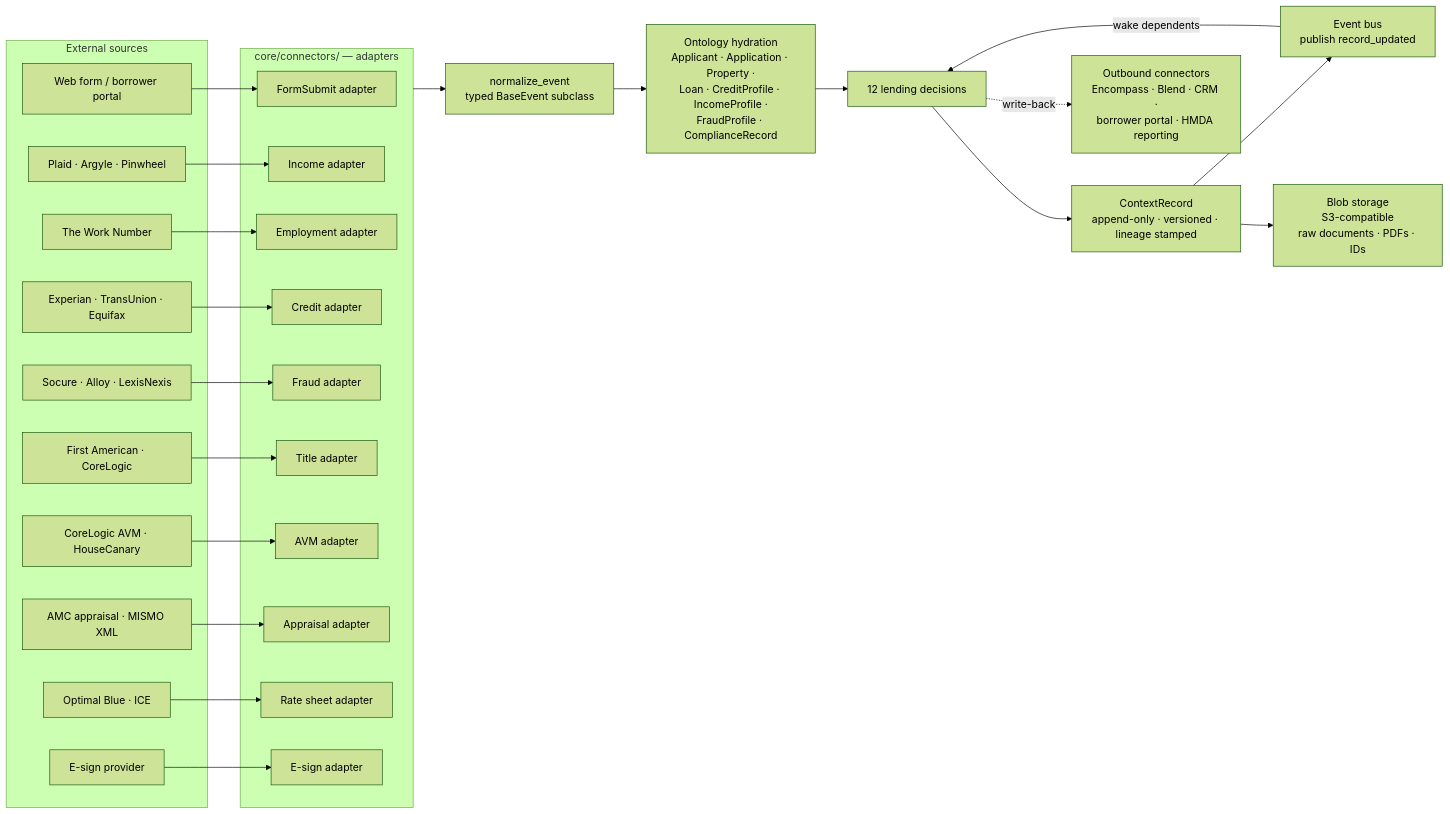
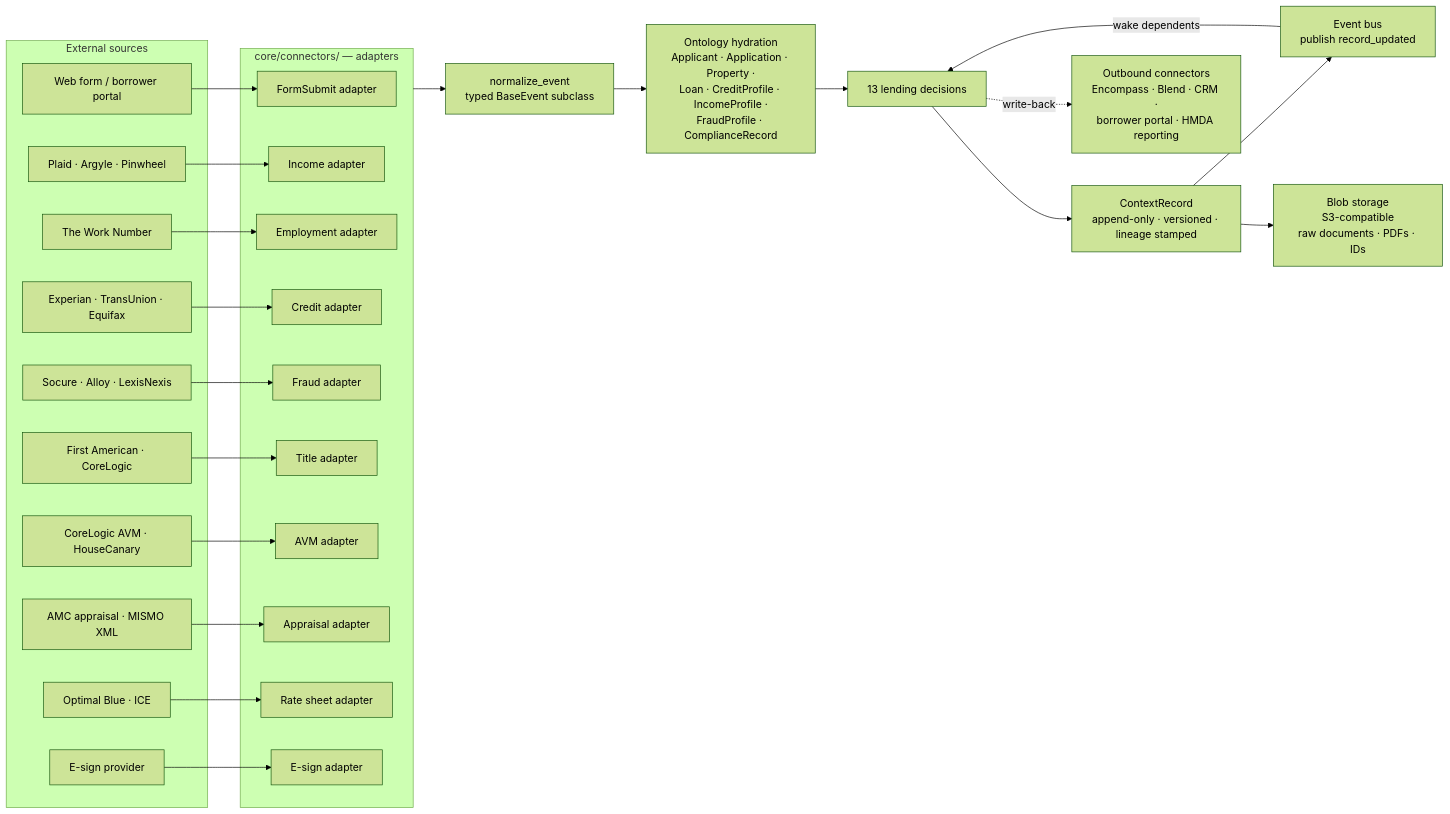
One commit to krishnamami/decision-os changed the fifth of 5 diagrams in docs/PRD.md. Above: the diagram before and after it, drawn with Mermaid (forest theme). The commit also changed other lines of this file and 1 other file, not shown here.

````diff
--- a/docs/PRD.md
+++ b/docs/PRD.md
@@ -573,41 +582,41 @@
 ```mermaid
 flowchart LR
     subgraph EXT[External sources]
         WEB[Web form / borrower portal]
         PLAID[Plaid · Argyle · Pinwheel]
         BUREAU[Experian · TransUnion · Equifax]
         FRAUD[Socure · Alloy · LexisNexis]
         TITLE[First American · CoreLogic]
         AVM[CoreLogic AVM · HouseCanary]
         AMC[AMC appraisal · MISMO XML]
         RATE[Optimal Blue · ICE]
         TWN[The Work Number]
         ESIGN[E-sign provider]
     end
 
     subgraph CONN[core/connectors/ — adapters]
         WEB --> CO_FORM[FormSubmit adapter]
         PLAID --> CO_INC[Income adapter]
         TWN --> CO_EMP[Employment adapter]
         BUREAU --> CO_CR[Credit adapter]
         FRAUD --> CO_FR[Fraud adapter]
         TITLE --> CO_TI[Title adapter]
         AVM --> CO_AVM[AVM adapter]
         AMC --> CO_AP[Appraisal adapter]
         RATE --> CO_RT[Rate sheet adapter]
         ESIGN --> CO_ES[E-sign adapter]
     end
 
     CONN --> NORM[normalize_event<br/>typed BaseEvent subclass]
     NORM --> ONT[Ontology hydration<br/>Applicant · Application · Property ·<br/>Loan · CreditProfile · IncomeProfile ·<br/>FraudProfile · ComplianceRecord]
 
-    ONT --> DEC[12 lending decisions]
+    ONT --> DEC[13 lending decisions]
     DEC --> CTX[ContextRecord<br/>append-only · versioned · lineage stamped]
 
     CTX --> BUS[Event bus<br/>publish record_updated]
     BUS -->|wake dependents| DEC
 
     CTX --> BLOB[Blob storage<br/>S3-compatible<br/>raw documents · PDFs · IDs]
 
     DEC -. write-back .-> OUTBOUND[Outbound connectors<br/>Encompass · Blend · CRM ·<br/>borrower portal · HMDA reporting]
 ```
````
